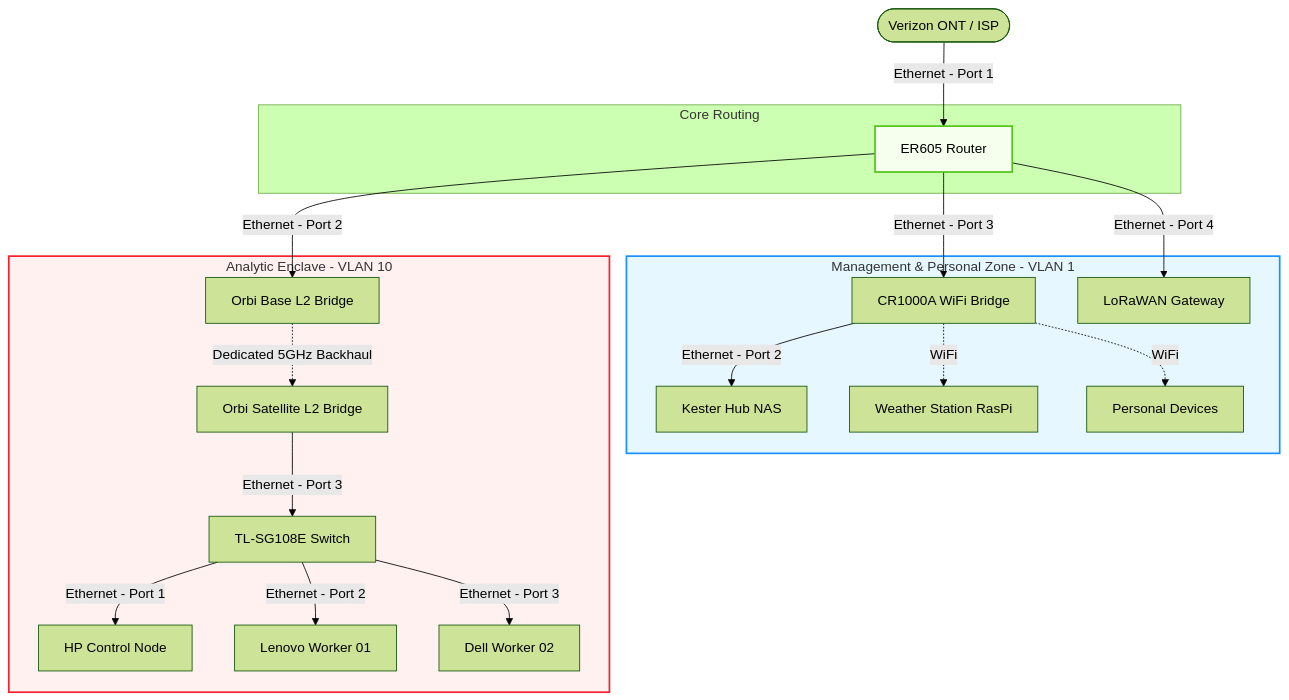
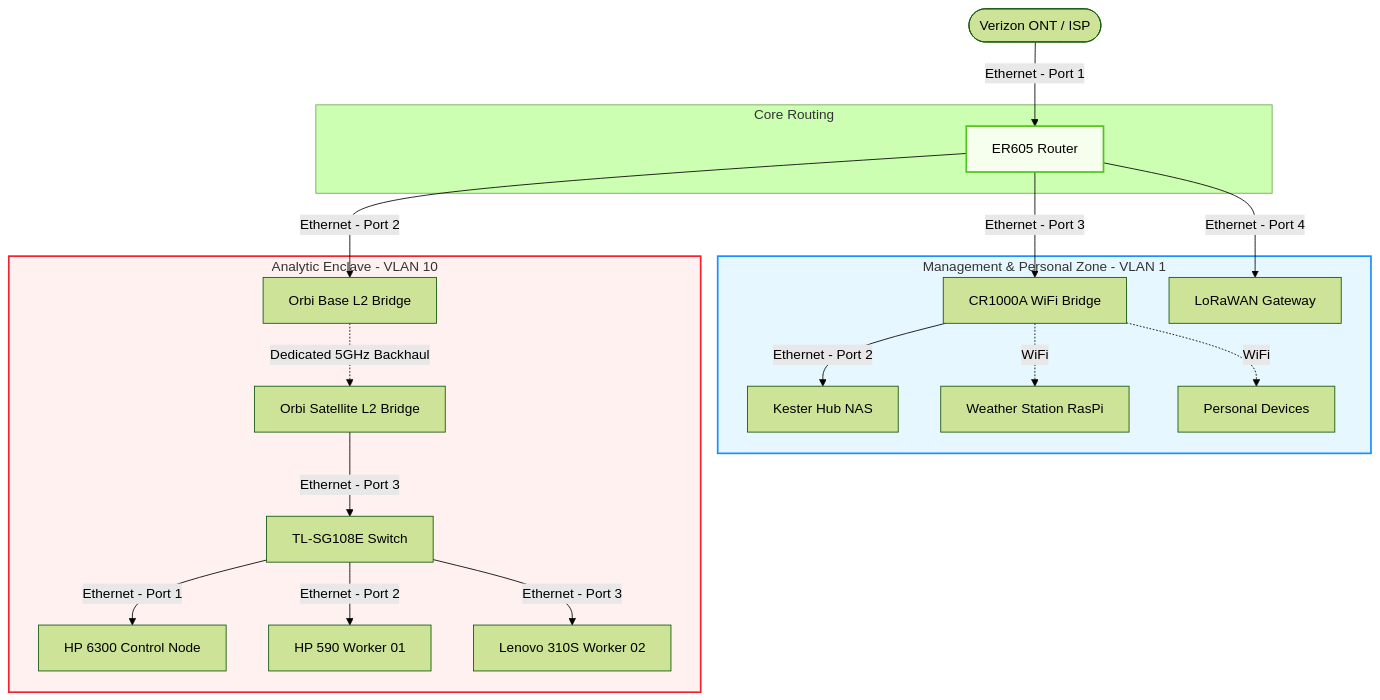
One commit to nkester/Homelab changed the diagram in docs/architecture/01-physical-network.md. Above: the diagram before and after it, drawn with Mermaid (forest theme). The commit also changed other lines of this file and 12 other files, not shown here.

Commit message:
docs: (refactor) complete feature 3.4-R Phase 1 hardware consolidation and update architecture blueprints.

````diff
--- a/docs/architecture/01-physical-network.md
+++ b/docs/architecture/01-physical-network.md
@@ -11,52 +11,52 @@
 ```mermaid
 graph TD
     %% Define Styles
     classDef vlan1 fill:#e6f7ff,stroke:#1890ff,stroke-width:2px;
     classDef vlan10 fill:#fff1f0,stroke:#f5222d,stroke-width:2px;
     classDef gateway fill:#f6ffed,stroke:#52c41a,stroke-width:2px;
 
     ISP([Verizon ONT / ISP])
 
     subgraph Gateway[Core Routing]
         ER605[ER605 Router]:::gateway
     end
 
     subgraph VLAN1[Management & Personal Zone - VLAN 1]
         CR1000A[CR1000A WiFi Bridge]
         SenseCap[LoRaWAN Gateway]
         NAS[Kester Hub NAS]
         RasPi[Weather Station RasPi]
         PersDev[Personal Devices]
     end
 
     subgraph VLAN10[Analytic Enclave - VLAN 10]
         RBR50[Orbi Base L2 Bridge]
         RBS50[Orbi Satellite L2 Bridge]
         Switch[TL-SG108E Switch]
-        HP[HP Control Node]
-        W01[Lenovo Worker 01]
-        W02[Dell Worker 02]
+        HP[HP 6300 Control Node]
+        W01[HP 590 Worker 01]
+        W02[Lenovo 310S Worker 02]
     end
 
     %% WAN Connectivity
     ISP -->|Ethernet - Port 1| ER605
 
     %% VLAN 1 Routing (Default Untagged)
     ER605 -->|Ethernet - Port 3| CR1000A
     ER605 -->|Ethernet - Port 4| SenseCap
     CR1000A -->|Ethernet - Port 2| NAS
     CR1000A -.->|WiFi| RasPi
     CR1000A -.->|WiFi| PersDev
 
     %% VLAN 10 Routing (PVID 10 Untagged)
     ER605 -->|Ethernet - Port 2| RBR50
     RBR50 -.->|Dedicated 5GHz Backhaul| RBS50
     RBS50 -->|Ethernet - Port 3| Switch
     Switch -->|Ethernet - Port 1| HP
     Switch -->|Ethernet - Port 2| W01
     Switch -->|Ethernet - Port 3| W02
 
     %% Apply Classes
     class VLAN1 vlan1;
     class VLAN10 vlan10;
 ```
````
